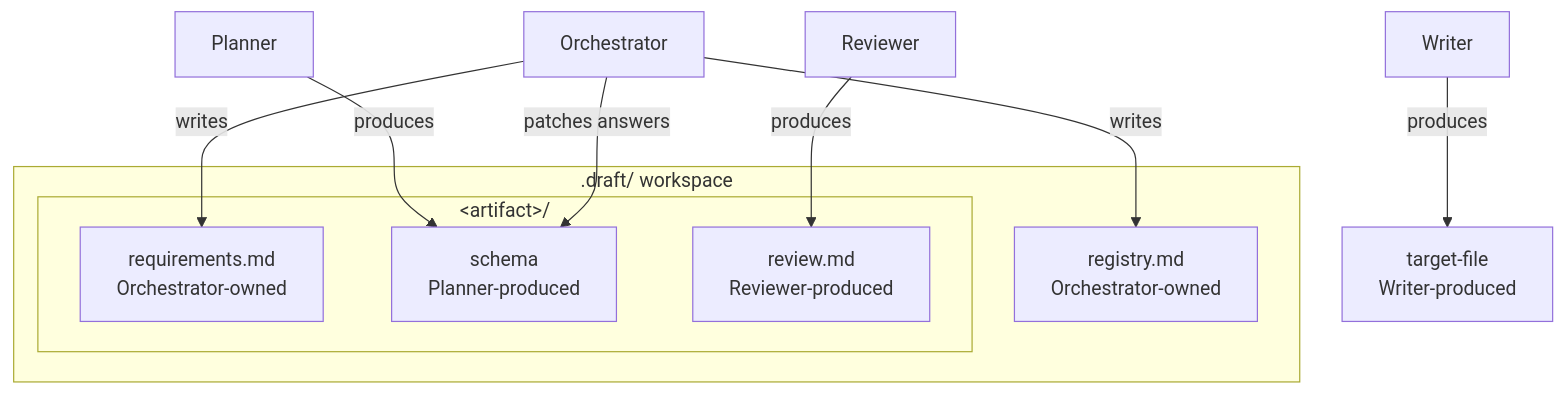
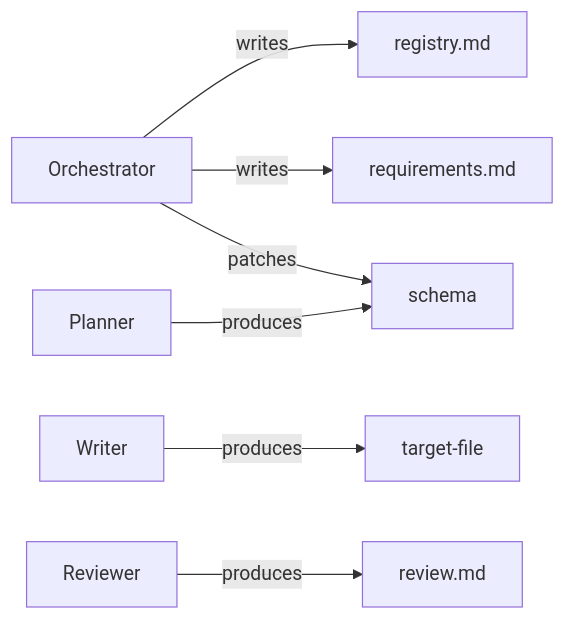
One commit to Jyoti-Ranjan-Das845/writing-suite changed the third of 3 diagrams in docs/planning/architecture.md. Above: the diagram before and after it, drawn with Mermaid. The commit also changed other lines of this file and 2 other files, not shown here.

First line of the commit message:
docs: fix Mermaid diagrams for GitHub rendering

````diff
--- a/docs/planning/architecture.md
+++ b/docs/planning/architecture.md
@@ -198,19 +179,9 @@
 ```mermaid
-flowchart TD
-    subgraph workspace[".draft/ workspace"]
-        REG[registry.md\nOrchestrator-owned]
-        subgraph artifact["&lt;artifact&gt;/"]
-            REQS[requirements.md\nOrchestrator-owned]
-            SCH[schema\nPlanner-produced]
-            REV[review.md\nReviewer-produced]
-        end
-    end
-    TGT[target-file\nWriter-produced]
-
-    O[Orchestrator] -->|writes| REG
-    O -->|writes| REQS
-    P[Planner] -->|produces| SCH
-    O -->|patches answers| SCH
-    W[Writer] -->|produces| TGT
-    R[Reviewer] -->|produces| REV
+flowchart LR
+    O[Orchestrator] -->|writes| REG[registry.md]
+    O -->|writes| REQS[requirements.md]
+    P[Planner] -->|produces| SCH[schema]
+    O -->|patches| SCH
+    W[Writer] -->|produces| TGT[target-file]
+    R[Reviewer] -->|produces| RV[review.md]
 ```
````
